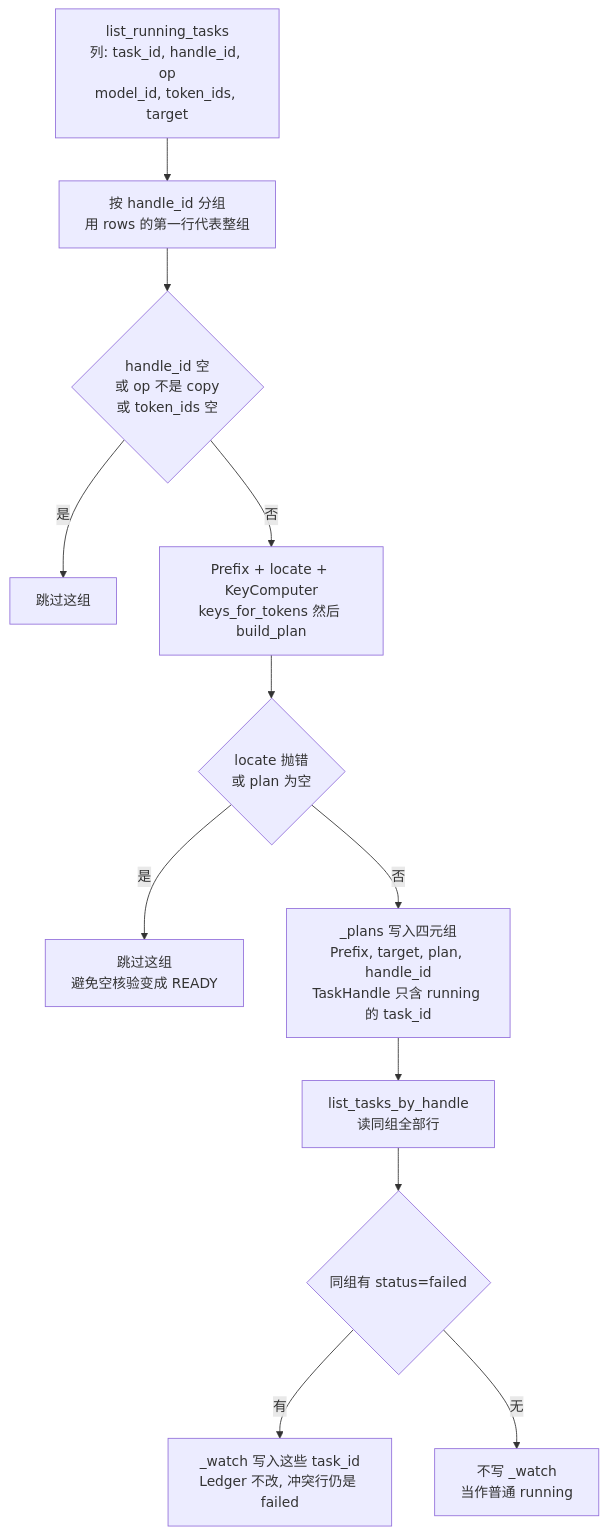
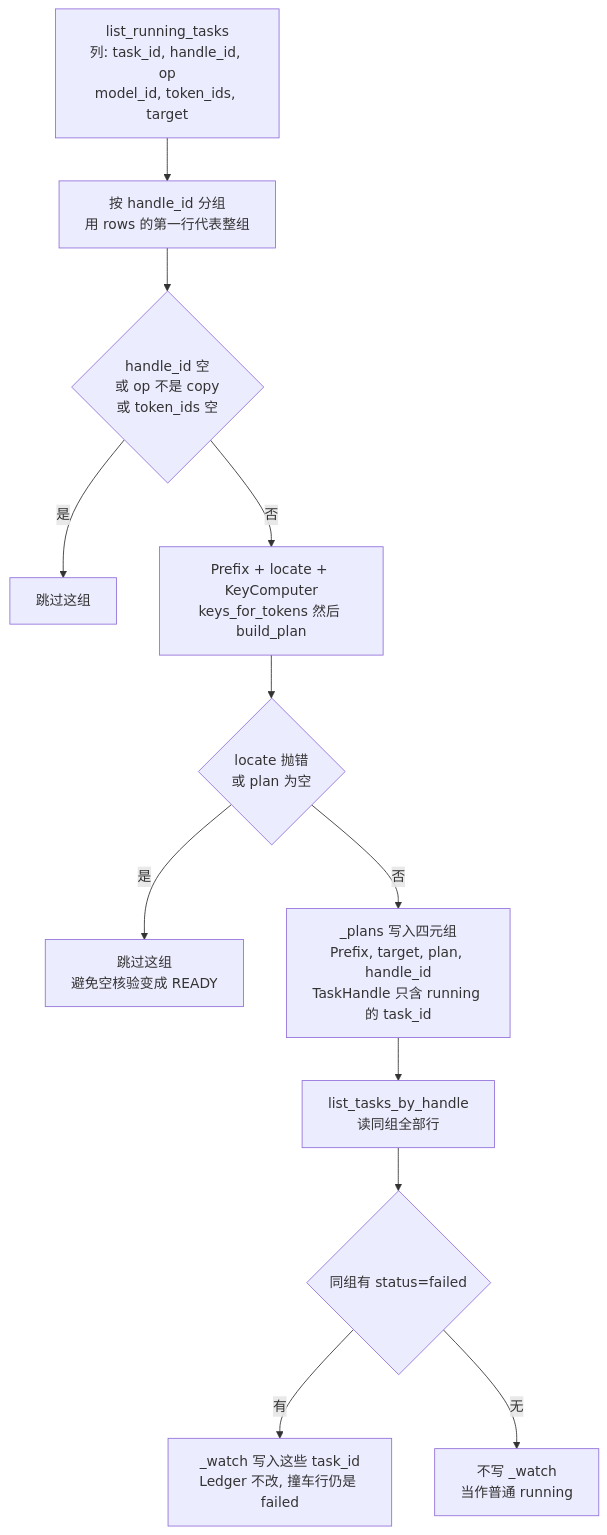
One commit to 5x8-40/lake changed the seventh of 7 diagrams in kvcm/design/code-architecture.md. Above: the diagram before and after it, drawn with Mermaid. The commit also changed other lines of this file, not shown here.

````diff
--- a/kvcm/design/code-architecture.md
+++ b/kvcm/design/code-architecture.md
@@ -418,23 +446,23 @@
 ```mermaid
 flowchart TD
     In["list_running_tasks<br/>列: task_id, handle_id, op<br/>model_id, token_ids, target"]
     Group["按 handle_id 分组<br/>用 rows 的第一行代表整组"]
     Gate1{"handle_id 空<br/>或 op 不是 copy<br/>或 token_ids 空"}
     Skip1["跳过这组"]
     Calc["Prefix + locate + KeyComputer<br/>keys_for_tokens 然后 build_plan"]
     Gate2{"locate 抛错<br/>或 plan 为空"}
     Skip2["跳过这组<br/>避免空核验变成 READY"]
     Plans["_plans 写入四元组<br/>Prefix, target, plan, handle_id<br/>TaskHandle 只含 running 的 task_id"]
     Sib["list_tasks_by_handle<br/>读同组全部行"]
     Gate3{"同组有 status=failed"}
-    ToWatch["_watch 写入这些 task_id<br/>Ledger 不改, 冲突行仍是 failed"]
+    ToWatch["_watch 写入这些 task_id<br/>Ledger 不改, 撞车行仍是 failed"]
     ToRun["不写 _watch<br/>当作普通 running"]
 
     In --> Group --> Gate1
     Gate1 -->|是| Skip1
     Gate1 -->|否| Calc --> Gate2
     Gate2 -->|是| Skip2
     Gate2 -->|否| Plans --> Sib --> Gate3
     Gate3 -->|有| ToWatch
     Gate3 -->|无| ToRun
 ```
````
